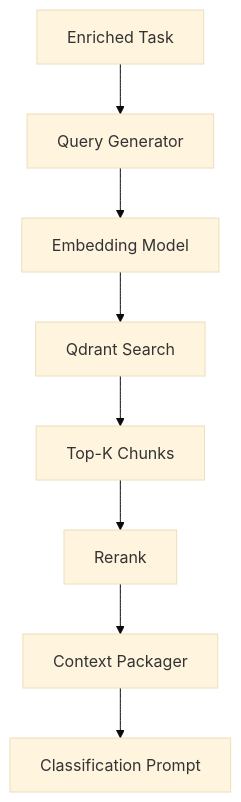
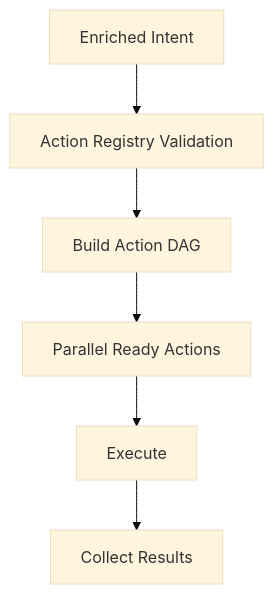
The fourth of 6 diagrams in docs/diagram.md (thanhit08/aiagt-aia), drawn with Mermaid (base theme) before and after one commit. The commit also changed other lines of this file and 18 other files, not shown here.

````diff
--- a/docs/diagram.md
+++ b/docs/diagram.md
@@ -93,10 +69,8 @@
 ```mermaid
 flowchart TD
-    A[Enriched Task] --> B[Query Generator]
-    B --> C[Embedding Model]
-    C --> D[Qdrant Search]
-    D --> E[Top-K Chunks]
-    E --> F[Rerank]
-    F --> G[Context Packager]
-    G --> H[Classification Prompt]
+    A[Enriched Intent] --> B[Action Registry Validation]
+    B --> C[Build Action DAG]
+    C --> D[Parallel Ready Actions]
+    D --> E[Execute]
+    E --> F[Collect Results]
 ```
````
